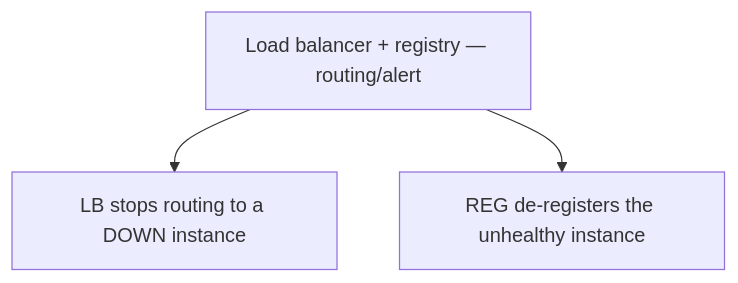
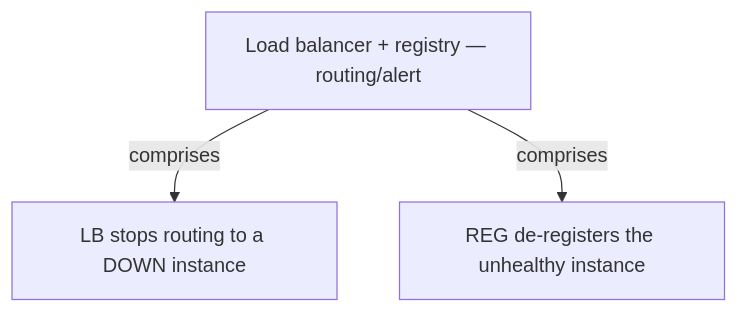
The seventh of 13 diagrams in docs/ch35-health-check-api.md (vinayakuber/microservices-io-study-guide), drawn with Mermaid before and after one commit. The commit also changed other lines of this file and 71 other files, not shown here.

First line of the commit message:
R18: label every diagram arrow with its meaning

````diff
--- a/docs/ch35-health-check-api.md
+++ b/docs/ch35-health-check-api.md
@@ -226,6 +226,6 @@
 ```mermaid
 flowchart TD
   R["Load balancer + registry — routing/alert"]
-  R --> P0["LB stops routing to a DOWN instance"]
-  R --> P1["REG de-registers the unhealthy instance"]
+  R -->|"comprises"| P0["LB stops routing to a DOWN instance"]
+  R -->|"comprises"| P1["REG de-registers the unhealthy instance"]
 ```
````
